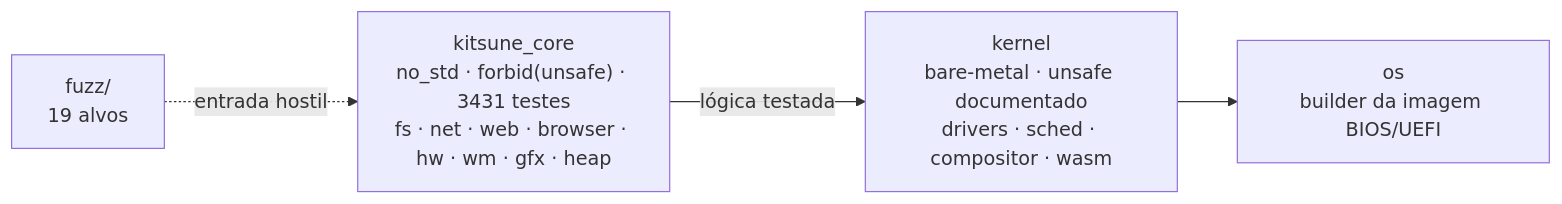
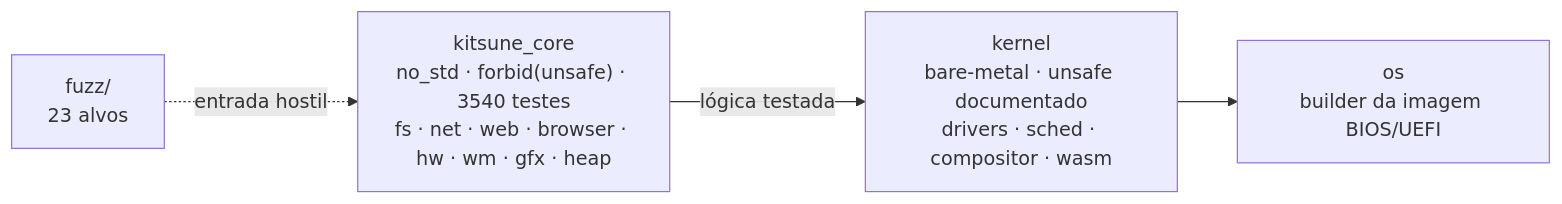
The diagram in README.md (Jeffinp/Kitsune), drawn with Mermaid before and after one commit. The commit also changed other lines of this file and 5 other files, not shown here.

First line of the commit message:
Docs: revisao do USB (contagens, ROADMAP, CLAUDE.md) e correcoes no CHANGELOG

````diff
--- a/README.md
+++ b/README.md
@@ -148,9 +148,9 @@
 ```mermaid
 flowchart LR
-    CORE["kitsune_core<br/>no_std · forbid(unsafe) · 3431 testes<br/>fs · net · web · browser · hw · wm · gfx · heap"]
+    CORE["kitsune_core<br/>no_std · forbid(unsafe) · 3540 testes<br/>fs · net · web · browser · hw · wm · gfx · heap"]
     KERNEL["kernel<br/>bare-metal · unsafe documentado<br/>drivers · sched · compositor · wasm"]
     OS["os<br/>builder da imagem BIOS/UEFI"]
-    FUZZ["fuzz/<br/>19 alvos"]
+    FUZZ["fuzz/<br/>23 alvos"]
     CORE -->|lógica testada| KERNEL --> OS
     FUZZ -.->|entrada hostil| CORE
 ```
````
